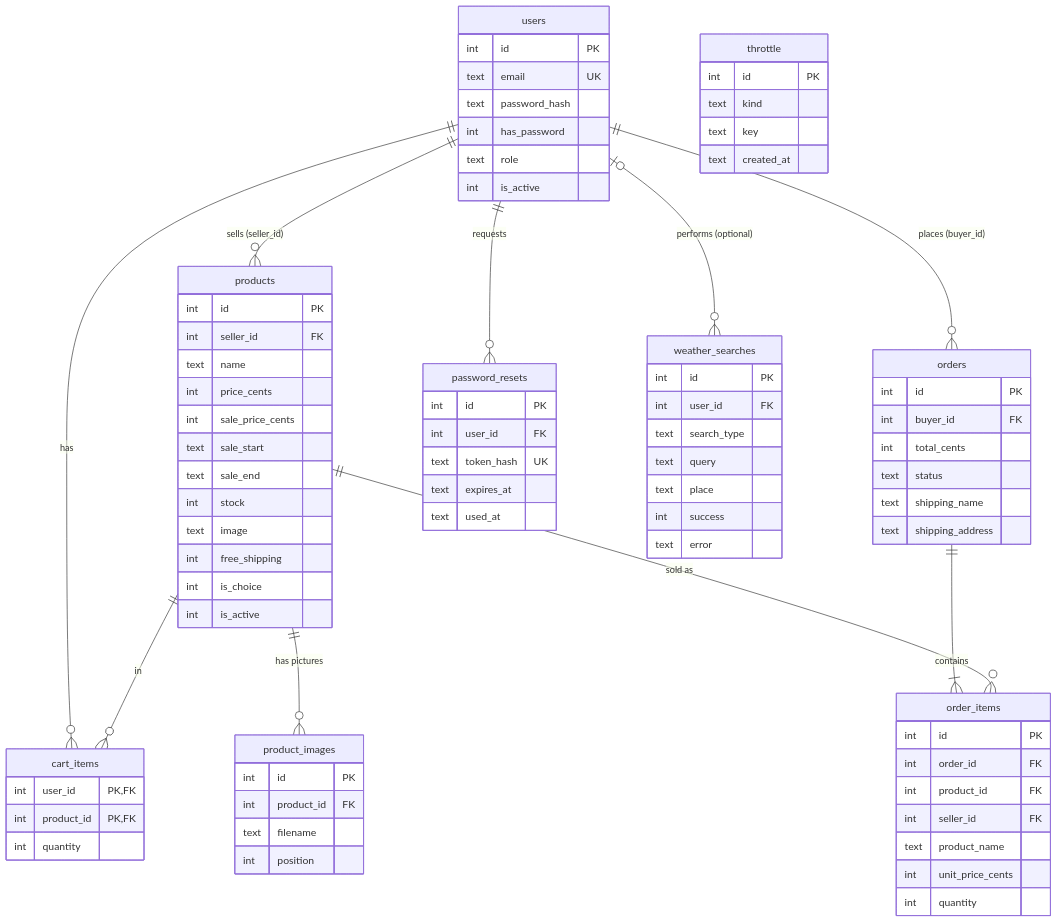
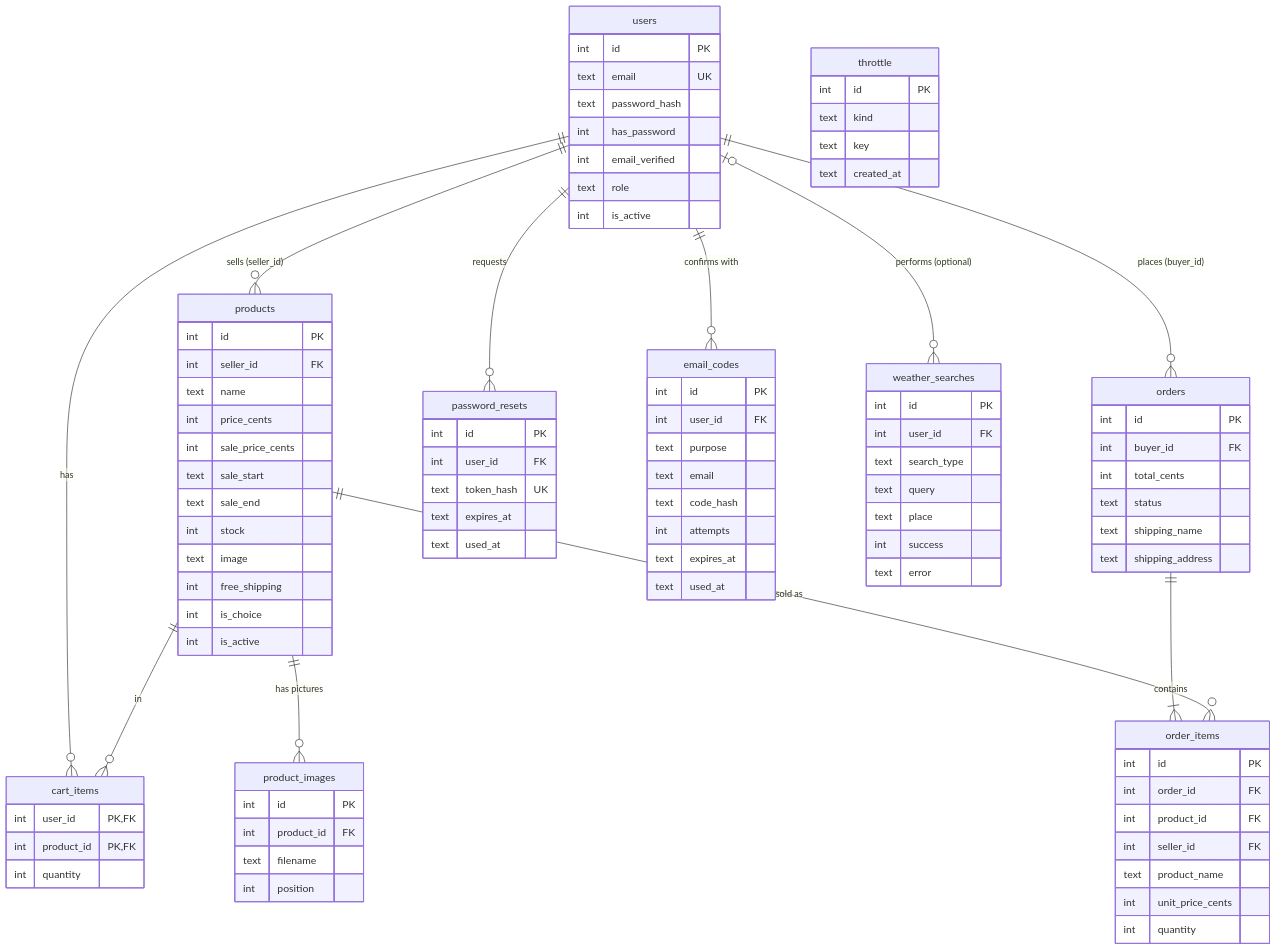
The diagram in README.md (mustafa-khamis/Flask-Ecommerce), drawn with Mermaid before and after one commit. The commit also changed other lines of this file and 9 other files, not shown here.

````diff
--- a/README.md
+++ b/README.md
@@ -80,21 +83,23 @@
 ```mermaid
 erDiagram
     users ||--o{ products : "sells (seller_id)"
     users ||--o{ cart_items : has
     products ||--o{ cart_items : "in"
     products ||--o{ product_images : "has pictures"
     users ||--o{ orders : "places (buyer_id)"
     orders ||--|{ order_items : contains
     products ||--o{ order_items : "sold as"
     users ||--o{ password_resets : requests
+    users ||--o{ email_codes : "confirms with"
     users |o--o{ weather_searches : "performs (optional)"
-    users { int id PK  text email UK  text password_hash  int has_password  text role  int is_active }
+    users { int id PK  text email UK  text password_hash  int has_password  int email_verified  text role  int is_active }
     products { int id PK  int seller_id FK  text name  int price_cents  int sale_price_cents  text sale_start  text sale_end  int stock  text image  int free_shipping  int is_choice  int is_active }
     product_images { int id PK  int product_id FK  text filename  int position }
     cart_items { int user_id PK,FK  int product_id PK,FK  int quantity }
     orders { int id PK  int buyer_id FK  int total_cents  text status  text shipping_name  text shipping_address }
     order_items { int id PK  int order_id FK  int product_id FK  int seller_id FK  text product_name  int unit_price_cents  int quantity }
+    email_codes { int id PK  int user_id FK  text purpose  text email  text code_hash  int attempts  text expires_at  text used_at }
     password_resets { int id PK  int user_id FK  text token_hash UK  text expires_at  text used_at }
     weather_searches { int id PK  int user_id FK  text search_type  text query  text place  int success  text error }
     throttle { int id PK  text kind  text key  text created_at }
 ```
````
